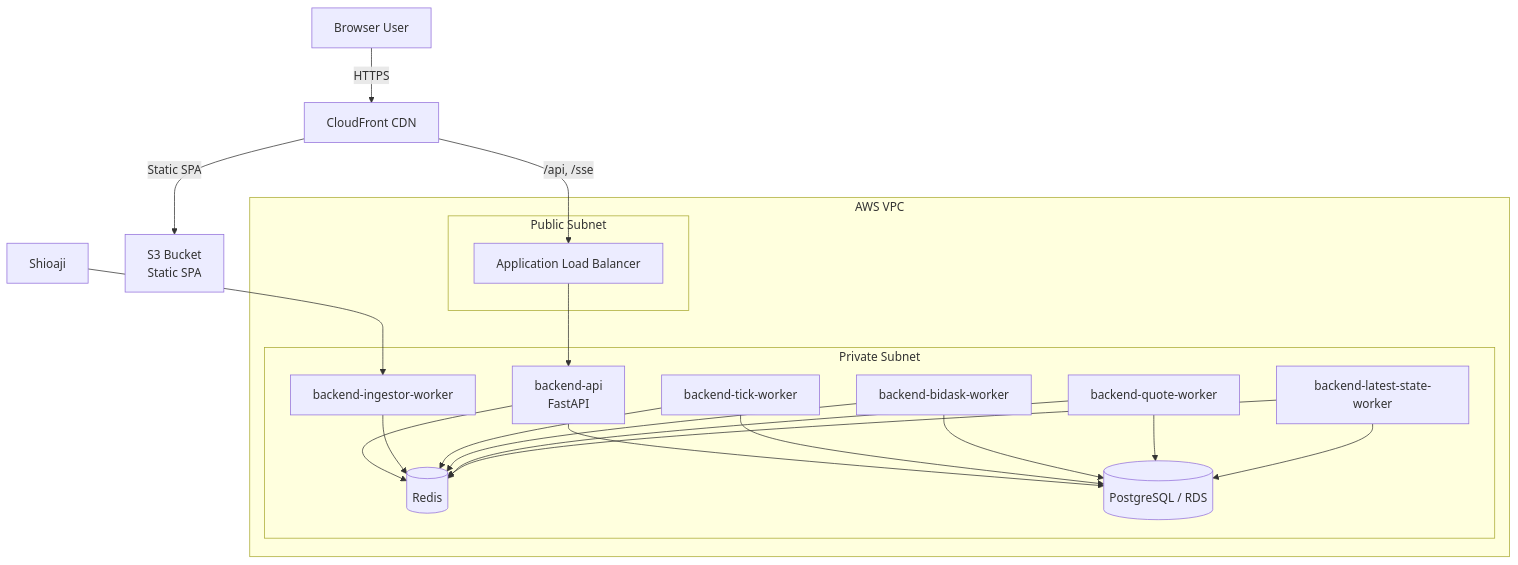
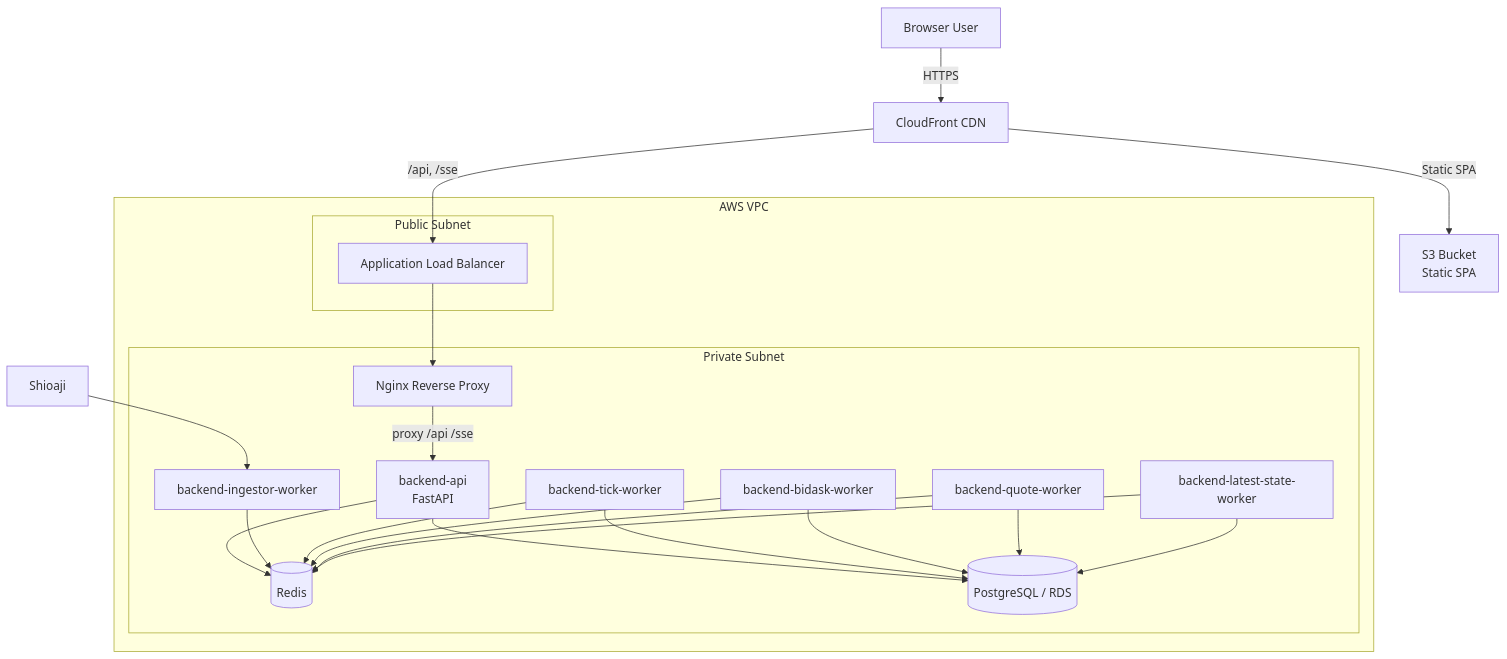
The second of 5 diagrams in README.md (dicksonchai98/trading-monitoring-dashboard), drawn with Mermaid before and after one commit. The commit also changed other lines of this file, not shown here.

Commit message:
feat: update architecture diagram and enhance market data pipeline with improved worker roles

````diff
--- a/README.md
+++ b/README.md
@@ -124,47 +134,49 @@
 ```mermaid
 flowchart TB
     User[Browser User]
 
     CloudFront[CloudFront CDN]
     S3[S3 Bucket<br/>Static SPA]
 
     subgraph VPC[AWS VPC]
         subgraph Public[Public Subnet]
             ALB[Application Load Balancer]
         end
 
         subgraph Private[Private Subnet]
+            Nginx[Nginx Reverse Proxy]
             API[backend-api<br/>FastAPI]
             Ingestor[backend-ingestor-worker]
             Tick[backend-tick-worker]
             BidAsk[backend-bidask-worker]
             Quote[backend-quote-worker]
             Latest[backend-latest-state-worker]
             Redis[(Redis)]
             Pg[(PostgreSQL / RDS)]
         end
     end
 
     Source[Shioaji]
 
     User -->|HTTPS| CloudFront
     CloudFront -->|Static SPA| S3
     CloudFront -->|/api, /sse| ALB
-    ALB --> API
+    ALB --> Nginx
+    Nginx -->|proxy /api /sse| API
 
     API --> Redis
     API --> Pg
 
     Source --> Ingestor
     Ingestor --> Redis
 
     Tick --> Redis
     BidAsk --> Redis
     Quote --> Redis
     Latest --> Redis
 
     Tick --> Pg
     BidAsk --> Pg
     Quote --> Pg
     Latest --> Pg
 ```
````
